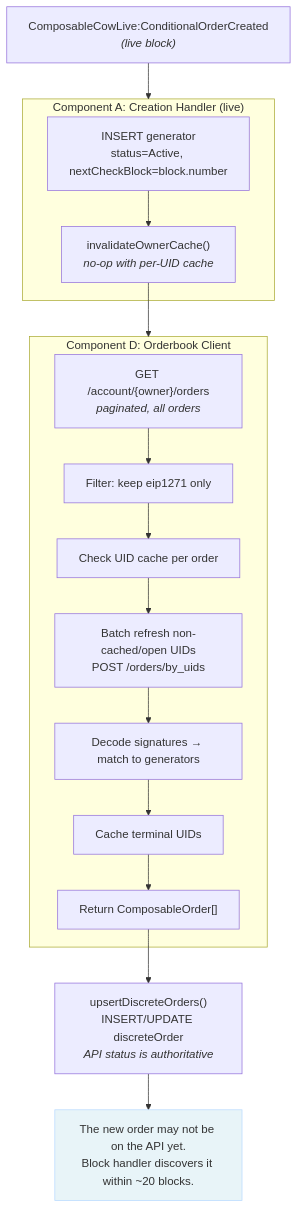
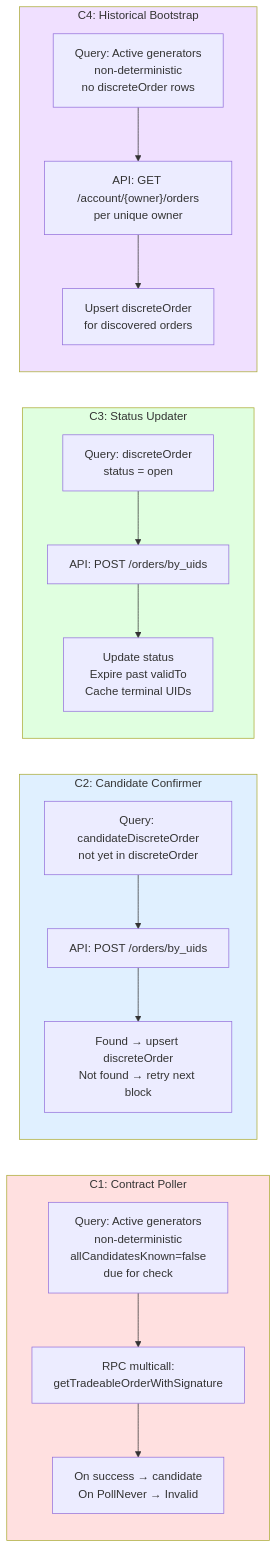
Before and after one commit to bleu/cow-programmatic-orders-api: the third of 7 diagrams in agent_docs/m3-orderbook-integration-flow.md, drawn with Mermaid. The commit also changed other lines of this file, not shown here.

Commit message:
chore: rewritten flow doc with the new architecture

````diff
--- a/agent_docs/m3-orderbook-integration-flow.md
+++ b/agent_docs/m3-orderbook-integration-flow.md
@@ -539,29 +462,39 @@
 ```mermaid
-flowchart TD
-    E["ComposableCowLive:ConditionalOrderCreated<br/><i>(live block)</i>"] --> A
-
-    subgraph A["Component A: Creation Handler (live)"]
-        A1["INSERT generator<br/>status=Active, nextCheckBlock=block.number"]
-        A2["invalidateOwnerCache()<br/><i>no-op with per-UID cache</i>"]
-        A1 --> A2
+flowchart LR
+    subgraph C1["C1: Contract Poller"]
+        direction TB
+        C1Q["Query: Active generators<br/>non-deterministic<br/>allCandidatesKnown=false<br/>due for check"]
+        C1M["RPC multicall:<br/>getTradeableOrderWithSignature"]
+        C1R["On success → candidate<br/>On PollNever → Invalid"]
+        C1Q --> C1M --> C1R
     end
 
-    A2 --> D
-
-    subgraph D["Component D: Orderbook Client"]
-        D1["GET /account/{owner}/orders<br/><i>paginated, all orders</i>"]
-        D2["Filter: keep eip1271 only"]
-        D3["Check UID cache per order"]
-        D4["Batch refresh non-cached/open UIDs<br/>POST /orders/by_uids"]
-        D5["Decode signatures → match to generators"]
-        D6["Cache terminal UIDs"]
-        D7["Return ComposableOrder[]"]
-        D1 --> D2 --> D3 --> D4 --> D5 --> D6 --> D7
+    subgraph C2["C2: Candidate Confirmer"]
+        direction TB
+        C2Q["Query: candidateDiscreteOrder<br/>not yet in discreteOrder"]
+        C2F["API: POST /orders/by_uids"]
+        C2U["Found → upsert discreteOrder<br/>Not found → retry next block"]
+        C2Q --> C2F --> C2U
     end
 
-    D7 --> U["upsertDiscreteOrders()<br/>INSERT/UPDATE discreteOrder<br/><i>API status is authoritative</i>"]
+    subgraph C3["C3: Status Updater"]
+        direction TB
+        C3Q["Query: discreteOrder<br/>status = open"]
+        C3F["API: POST /orders/by_uids"]
+        C3U["Update status<br/>Expire past validTo<br/>Cache terminal UIDs"]
+        C3Q --> C3F --> C3U
+    end
 
-    U --> Note["The new order may not be on the API yet.<br/>Block handler discovers it within ~20 blocks."]
+    subgraph C4["C4: Historical Bootstrap"]
+        direction TB
+        C4Q["Query: Active generators<br/>non-deterministic<br/>no discreteOrder rows"]
+        C4F["API: GET /account/{owner}/orders<br/>per unique owner"]
+        C4U["Upsert discreteOrder<br/>for discovered orders"]
+        C4Q --> C4F --> C4U
+    end
 
-    style Note fill:#e8f4f8,stroke:#b8daff
+    style C1 fill:#ffe0e0
+    style C2 fill:#e0f0ff
+    style C3 fill:#e0ffe0
+    style C4 fill:#f0e0ff
 ```
````
